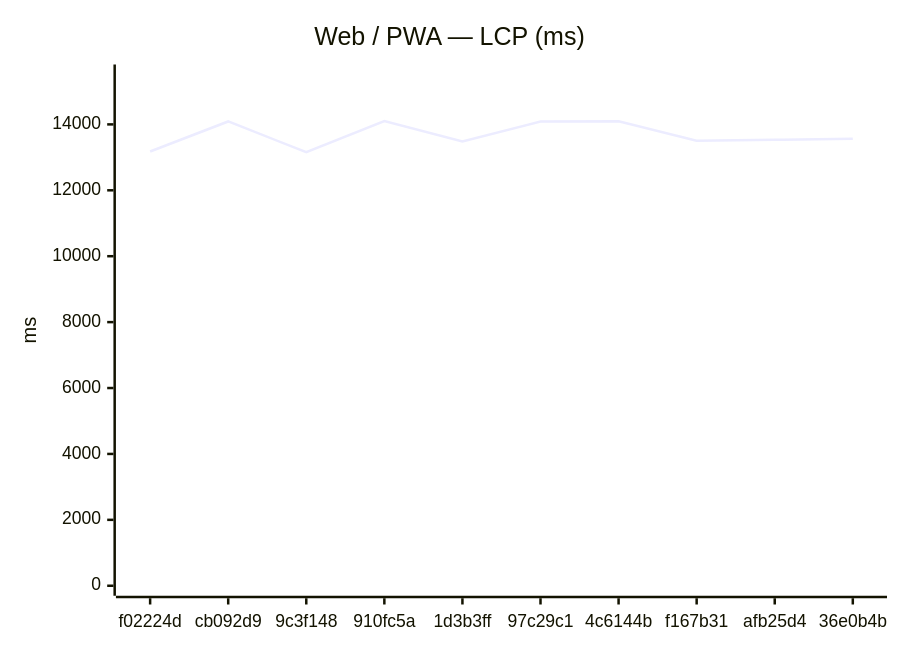
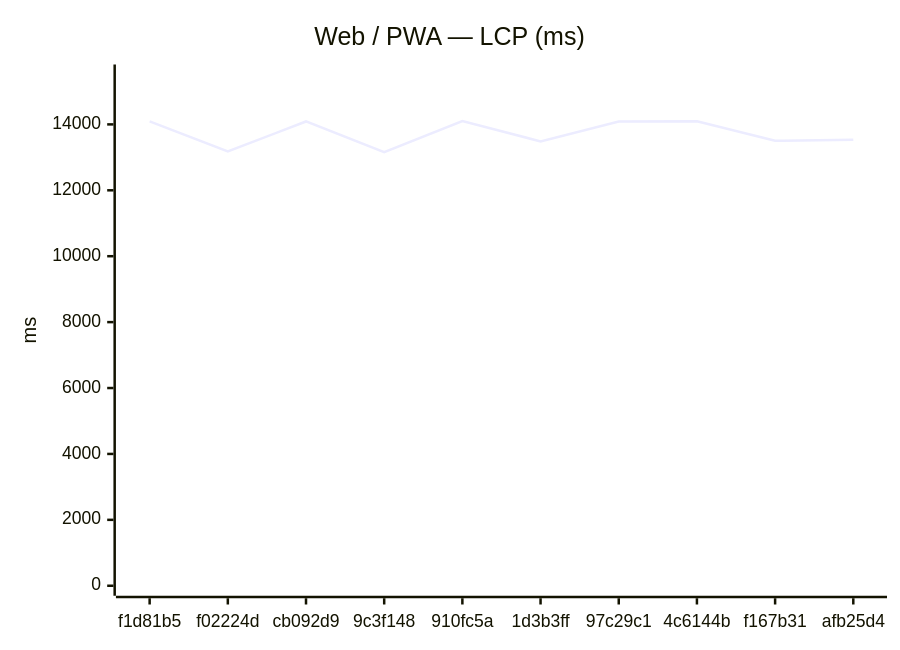
The first of 18 diagrams in benchmarks/compare.md (Metaheurist/Rianell), drawn with Mermaid before and after one commit. The commit also changed other lines of this file and 11 other files, not shown here.

````diff
--- a/benchmarks/compare.md
+++ b/benchmarks/compare.md
@@ -24,7 +24,7 @@
 ```mermaid
 xychart-beta
     title "Web / PWA — LCP (ms)"
-    x-axis ["f02224d", "cb092d9", "9c3f148", "910fc5a", "1d3b3ff", "97c29c1", "4c6144b", "f167b31", "afb25d4", "36e0b4b"]
+    x-axis ["f1d81b5", "f02224d", "cb092d9", "9c3f148", "910fc5a", "1d3b3ff", "97c29c1", "4c6144b", "f167b31", "afb25d4"]
     y-axis "ms" 0 --> 15514
-    line [13178, 14089, 13157, 14103, 13484, 14084, 14094, 13501, 13531, 13563]
+    line [14091, 13178, 14089, 13157, 14103, 13484, 14084, 14094, 13501, 13531]
 ```
````
